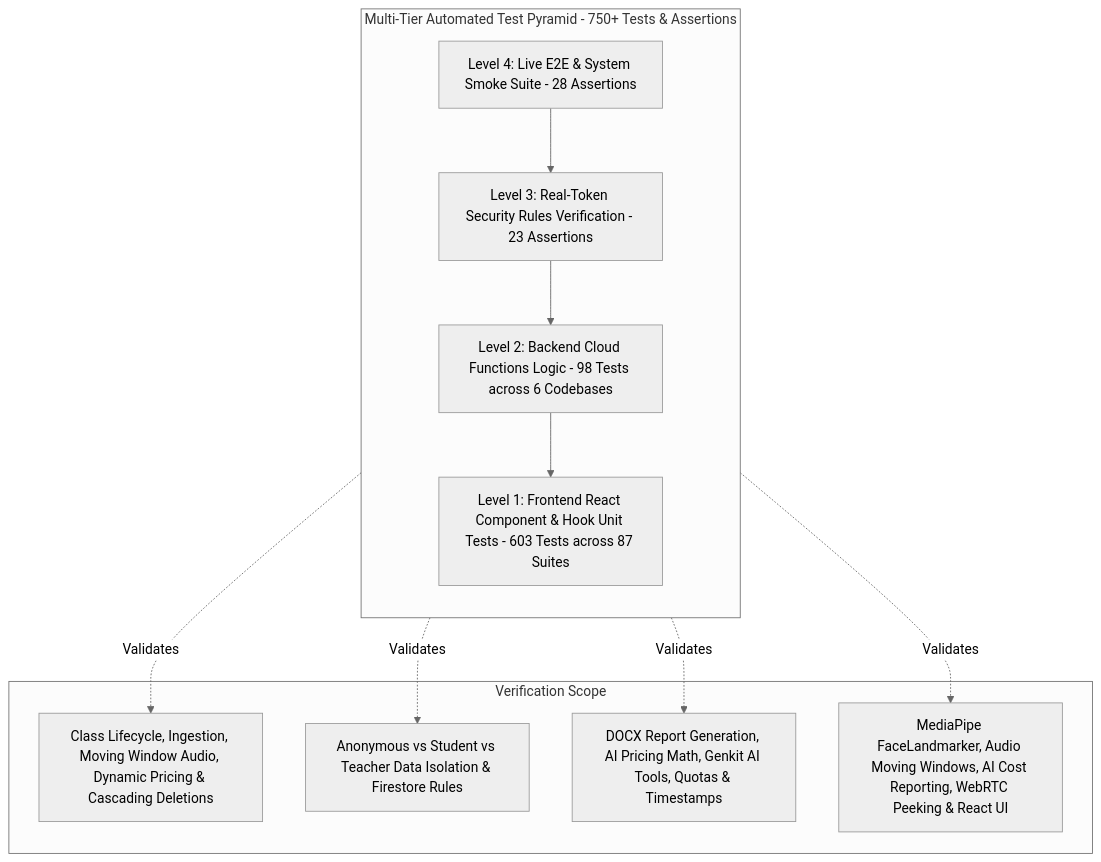
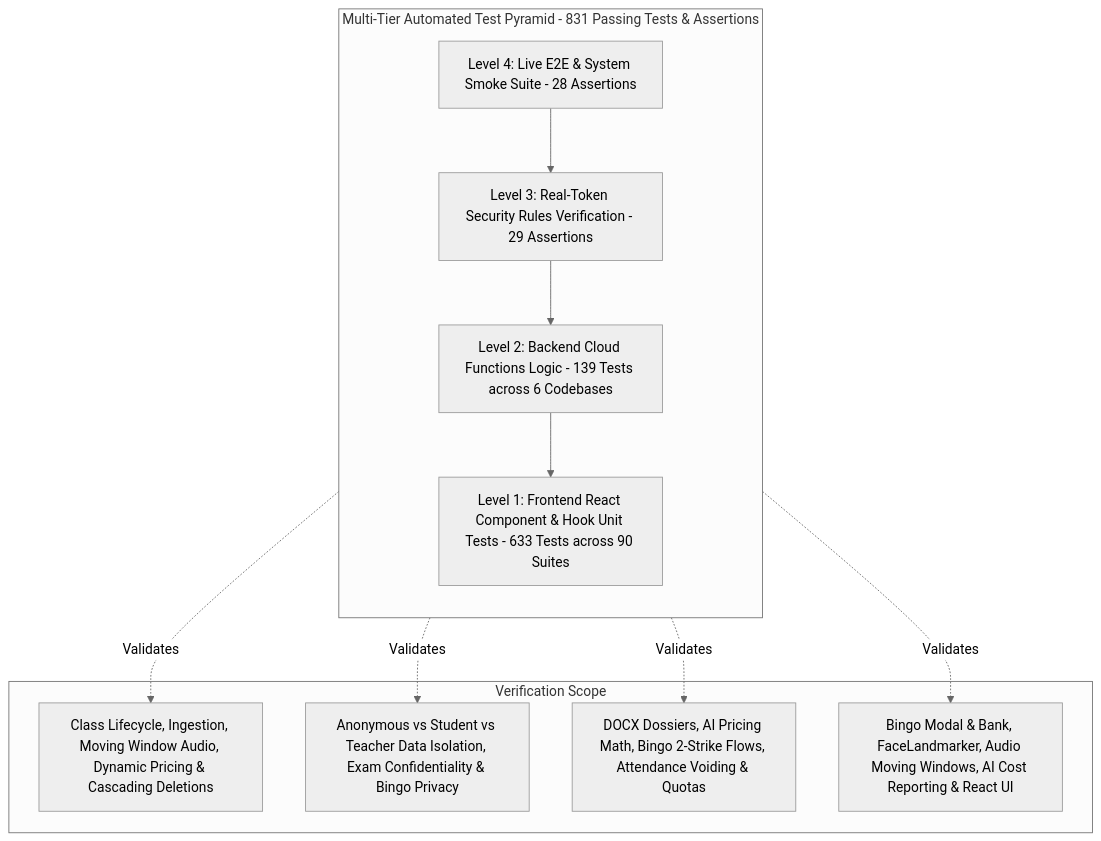
The diagram in docs/testing-strategy-and-coverage.md (wongcyrus/Gemini-AI-Classroom-Assistant), drawn with Mermaid (neutral theme) before and after one commit. The commit also changed other lines of this file and 33 other files, not shown here.

First line of the commit message:
feat(bingo): implement 2-strike active presence system, question bank & attendance voiding

````diff
--- a/docs/testing-strategy-and-coverage.md
+++ b/docs/testing-strategy-and-coverage.md
@@ -11,19 +11,19 @@
 ```mermaid
 flowchart TD
-    subgraph Pyramid [Multi-Tier Automated Test Pyramid - 750+ Tests & Assertions]
+    subgraph Pyramid [Multi-Tier Automated Test Pyramid - 831 Passing Tests & Assertions]
         direction TB
         L4[Level 4: Live E2E & System Smoke Suite - 28 Assertions]
-        L3[Level 3: Real-Token Security Rules Verification - 23 Assertions]
-        L2[Level 2: Backend Cloud Functions Logic - 98 Tests across 6 Codebases]
-        L1[Level 1: Frontend React Component & Hook Unit Tests - 603 Tests across 87 Suites]
+        L3[Level 3: Real-Token Security Rules Verification - 29 Assertions]
+        L2[Level 2: Backend Cloud Functions Logic - 139 Tests across 6 Codebases]
+        L1[Level 1: Frontend React Component & Hook Unit Tests - 633 Tests across 90 Suites]
         
         L4 --> L3 --> L2 --> L1
     end
 
     subgraph Details [Verification Scope]
         L4 -.->|Validates| D4[Class Lifecycle, Ingestion, Moving Window Audio, Dynamic Pricing & Cascading Deletions]
-        L3 -.->|Validates| D3[Anonymous vs Student vs Teacher Data Isolation & Firestore Rules]
-        L2 -.->|Validates| D2[DOCX Report Generation, AI Pricing Math, Genkit AI Tools, Quotas & Timestamps]
-        L1 -.->|Validates| D1[MediaPipe FaceLandmarker, Audio Moving Windows, AI Cost Reporting, WebRTC Peeking & React UI]
+        L3 -.->|Validates| D3[Anonymous vs Student vs Teacher Data Isolation, Exam Confidentiality & Bingo Privacy]
+        L2 -.->|Validates| D2[DOCX Dossiers, AI Pricing Math, Bingo 2-Strike Flows, Attendance Voiding & Quotas]
+        L1 -.->|Validates| D1[Bingo Modal & Bank, FaceLandmarker, Audio Moving Windows, AI Cost Reporting & React UI]
     end
 ```
````
